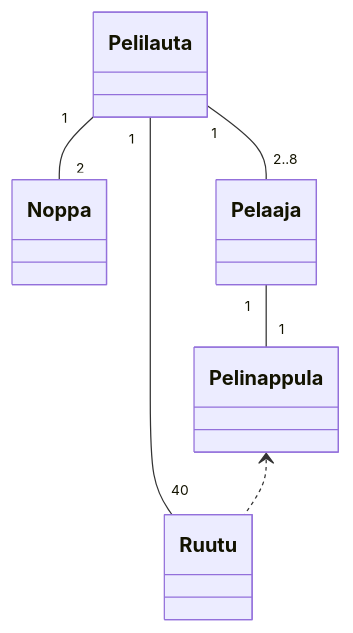
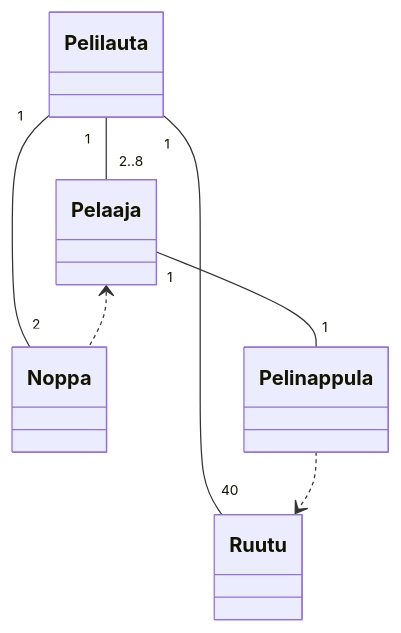
Before and after one commit to RedFoxFinn/ot-harjoitustyo: the diagram in README.md, drawn with Mermaid.

Commit message:
laskarit: vk3 monopoli

````diff
--- a/README.md
+++ b/README.md
@@ -19,14 +19,15 @@
 ```mermaid
   classDiagram
     Pelilauta "1" -- "40" Ruutu
     Pelilauta "1" -- "2" Noppa
     Pelilauta "1" -- "2..8" Pelaaja
     Pelaaja "1" -- "1" Pelinappula
-    Pelinappula <.. Ruutu
+    Pelinappula ..> Ruutu
+    Pelaaja <.. Noppa
     class Pelaaja
     class Pelilauta
     class Pelinappula
     class Noppa
     class Ruutu
 
 ```
````
